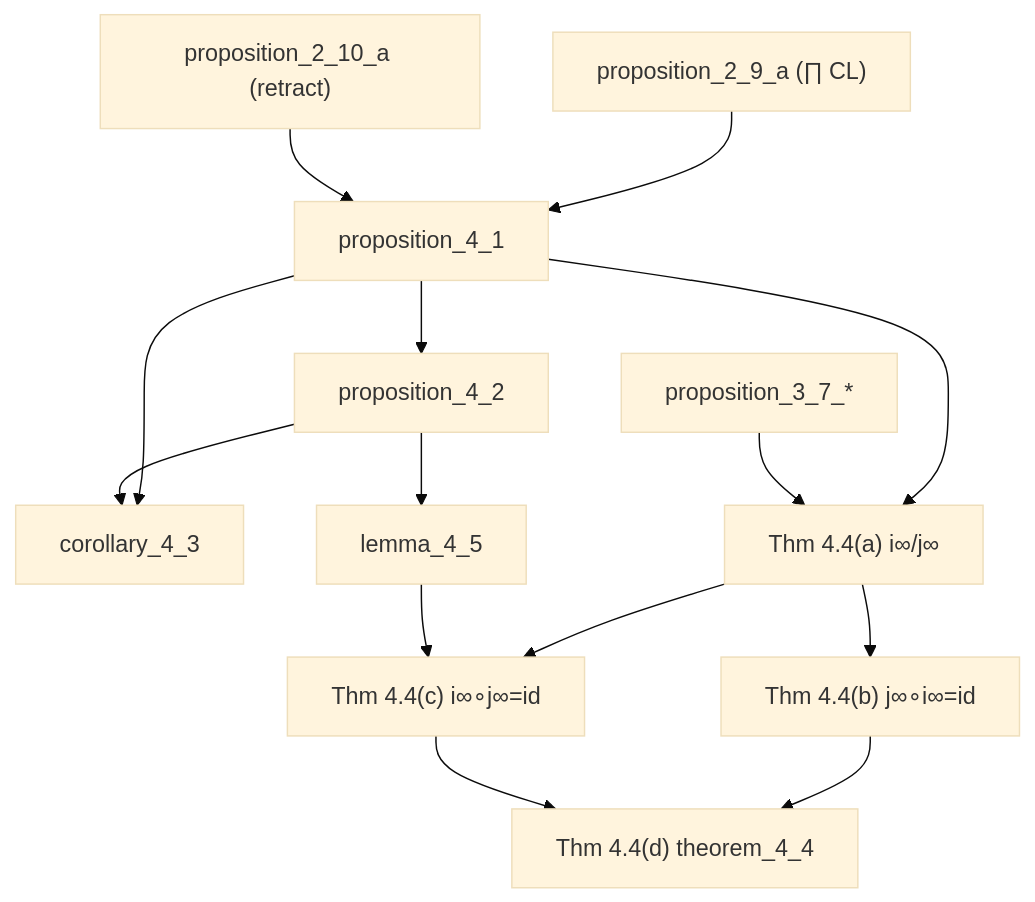
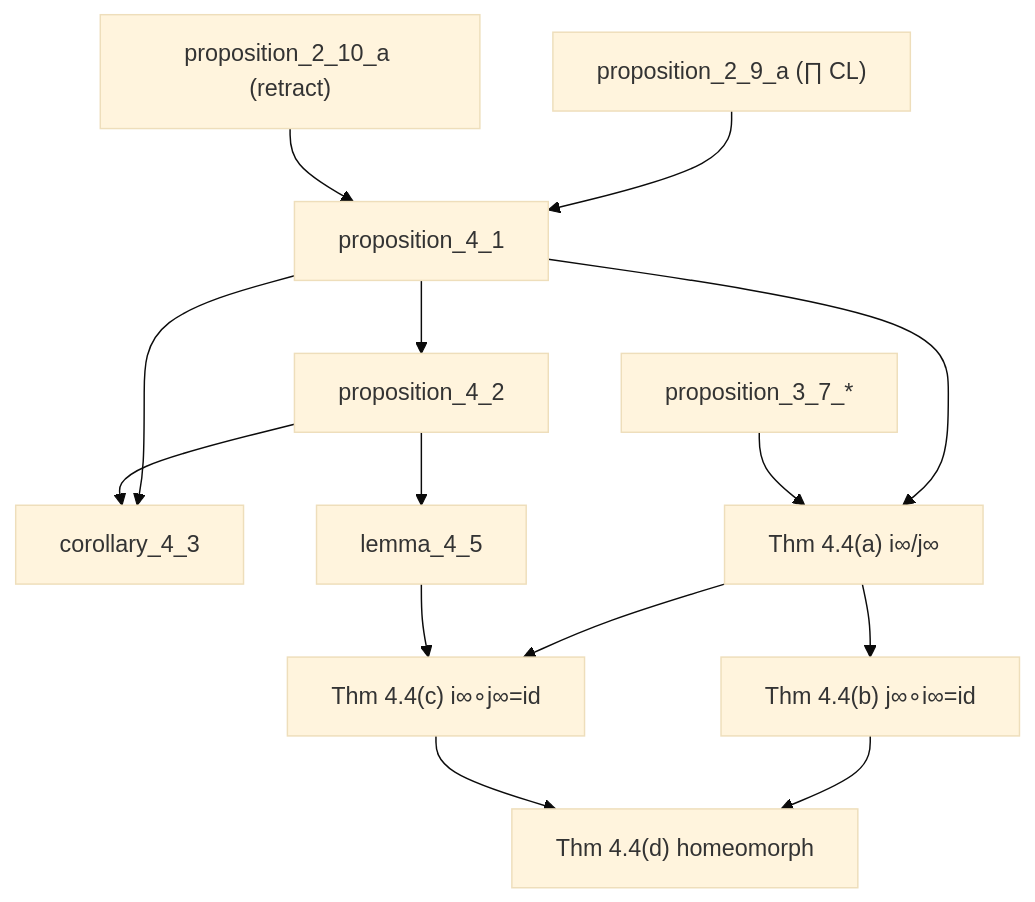
One commit to catskillsresearch/scott1972 changed the fifth of 5 diagrams in arxiv.md. Above: the diagram before and after it, drawn with Mermaid (base theme). The commit also changed other lines of this file and 9 other files, not shown here.

````diff
--- a/arxiv.md
+++ b/arxiv.md
@@ -364,28 +365,28 @@
 ```mermaid
 flowchart TD
   P37["proposition_3_7_*"]
   P29a["proposition_2_9_a (∏ CL)"]
   P210a["proposition_2_10_a (retract)"]
   P41["proposition_4_1"]
   P42["proposition_4_2"]
   C43["corollary_4_3"]
   L45["lemma_4_5"]
   T44a["Thm 4.4(a) i∞/j∞"]
   T44b["Thm 4.4(b) j∞∘i∞=id"]
   T44c["Thm 4.4(c) i∞∘j∞=id"]
-  T44d["Thm 4.4(d) theorem_4_4"]
+  T44d["Thm 4.4(d) homeomorph"]
 
   P29a --> P41
   P210a --> P41
   P41 --> P42
   P41 --> C43
   P42 --> C43
   P42 --> L45
   P41 --> T44a
   P37 --> T44a
   T44a --> T44b
   T44a --> T44c
   L45 --> T44c
   T44b --> T44d
   T44c --> T44d
 ```
````
